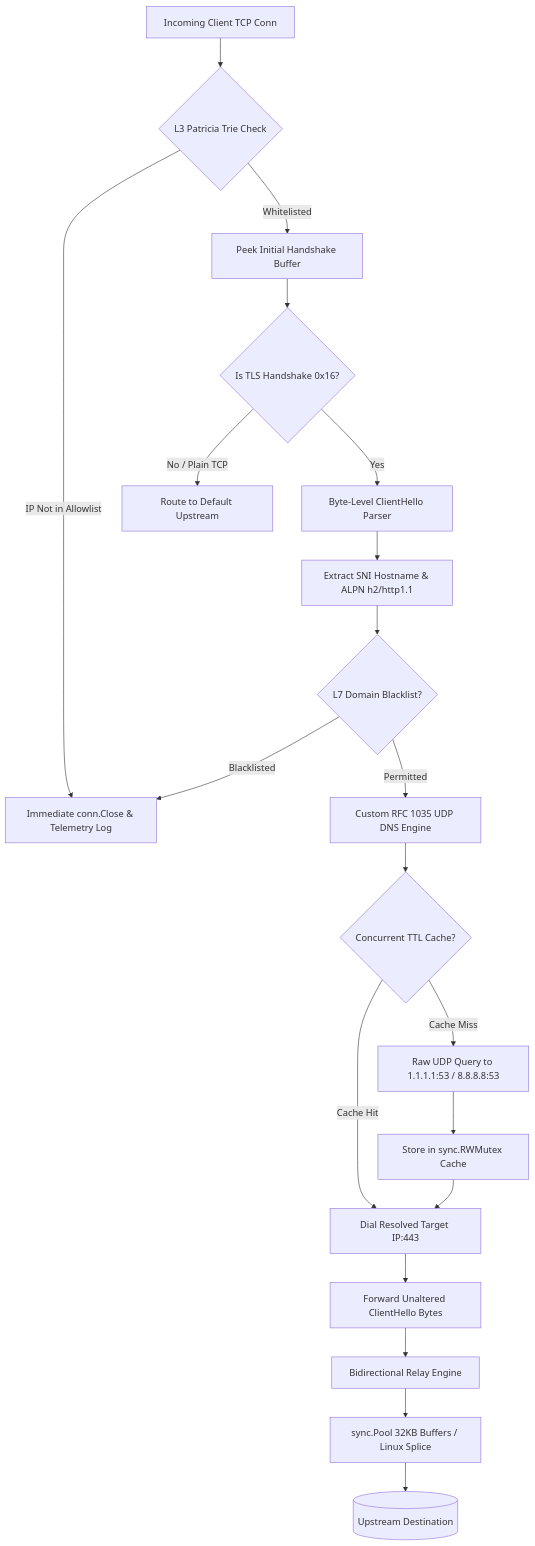
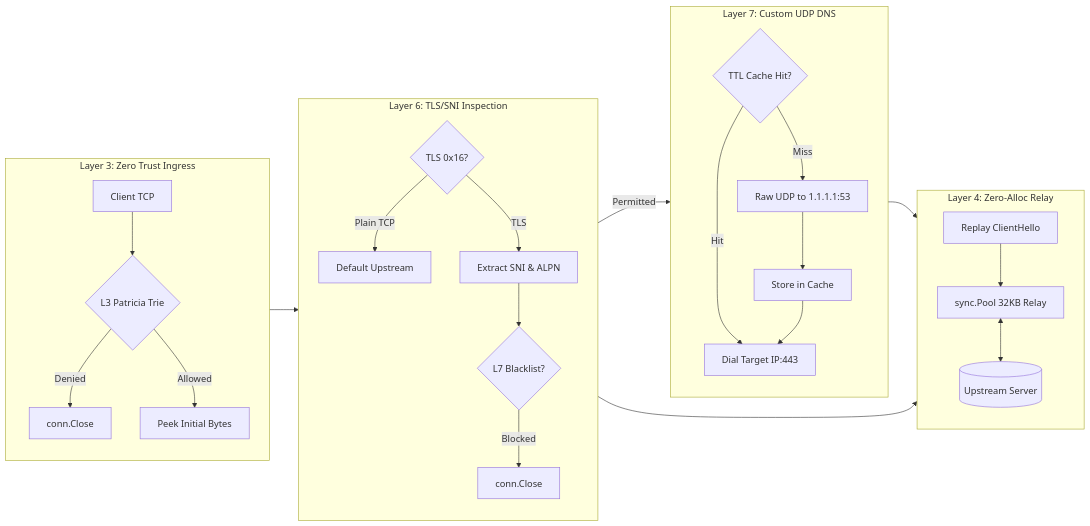
The diagram in README.md (Awesome06/aegis-proxy), drawn with Mermaid before and after one commit. The commit also changed other lines of this file, not shown here.

Commit message:
Refine architecture diagram in README
This change reorganizes the system architecture Mermaid diagram to clarify the layered flow of the proxy. It separates ingress, TLS/SNI inspection, custom DNS resolution, and relay stages into clearer subgraphs, making the overall data path easier to follow for readers reviewing the design.

````diff
--- a/README.md
+++ b/README.md
@@ -27,25 +27,33 @@
 ```mermaid
-flowchart TD
-    Client[Incoming Client TCP Conn] --> L3Check{L3 Patricia Trie Check}
-    L3Check -- IP Not in Allowlist --> DropConn[Immediate conn.Close & Telemetry Log]
-    L3Check -- Whitelisted --> Peek[Peek Initial Handshake Buffer]
-    
-    Peek --> TLSCheck{Is TLS Handshake 0x16?}
-    TLSCheck -- No / Plain TCP --> RouteDefault[Route to Default Upstream]
-    TLSCheck -- Yes --> ParseTLS[Byte-Level ClientHello Parser]
-    
-    ParseTLS --> ExtractMetadata[Extract SNI Hostname & ALPN h2/http1.1]
-    ExtractMetadata --> BlacklistCheck{L7 Domain Blacklist?}
-    BlacklistCheck -- Blacklisted --> DropConn
-    BlacklistCheck -- Permitted --> DNSResolve[Custom RFC 1035 UDP DNS Engine]
-    
-    DNSResolve --> CacheCheck{Concurrent TTL Cache?}
-    CacheCheck -- Cache Hit --> DialUpstream[Dial Resolved Target IP:443]
-    CacheCheck -- Cache Miss --> QueryUDP[Raw UDP Query to 1.1.1.1:53 / 8.8.8.8:53]
-    QueryUDP --> StoreTTL[Store in sync.RWMutex Cache] --> DialUpstream
-    
-    DialUpstream --> ReplayInitial[Forward Unaltered ClientHello Bytes]
-    ReplayInitial --> ZeroAllocRelay[Bidirectional Relay Engine]
-    ZeroAllocRelay --> BufferPool[sync.Pool 32KB Buffers / Linux Splice]
-    BufferPool --> UpstreamDest[(Upstream Destination)]
+flowchart LR
+    subgraph L3["Layer 3: Zero Trust Ingress"]
+        direction TB
+        Client[Client TCP] --> L3Check{L3 Patricia Trie}
+        L3Check -- Denied --> Drop1[conn.Close]
+        L3Check -- Allowed --> Peek[Peek Initial Bytes]
+    end
+
+    subgraph L6["Layer 6: TLS/SNI Inspection"]
+        direction TB
+        Peek --> TLSCheck{TLS 0x16?}
+        TLSCheck -- Plain TCP --> DefRoute[Default Upstream]
+        TLSCheck -- TLS --> ParseTLS[Extract SNI & ALPN]
+        ParseTLS --> SNICheck{L7 Blacklist?}
+        SNICheck -- Blocked --> Drop2[conn.Close]
+    end
+
+    subgraph L7["Layer 7: Custom UDP DNS"]
+        direction TB
+        SNICheck -- Permitted --> CacheCheck{TTL Cache Hit?}
+        CacheCheck -- Hit --> Dial[Dial Target IP:443]
+        CacheCheck -- Miss --> WireDNS[Raw UDP to 1.1.1.1:53]
+        WireDNS --> Cache[Store in Cache] --> Dial
+    end
+
+    subgraph L4["Layer 4: Zero-Alloc Relay"]
+        direction TB
+        DefRoute --> Relay[sync.Pool 32KB Relay]
+        Dial --> Replay[Replay ClientHello] --> Relay
+        Relay <--> Upstream[(Upstream Server)]
+    end
 ```
````
